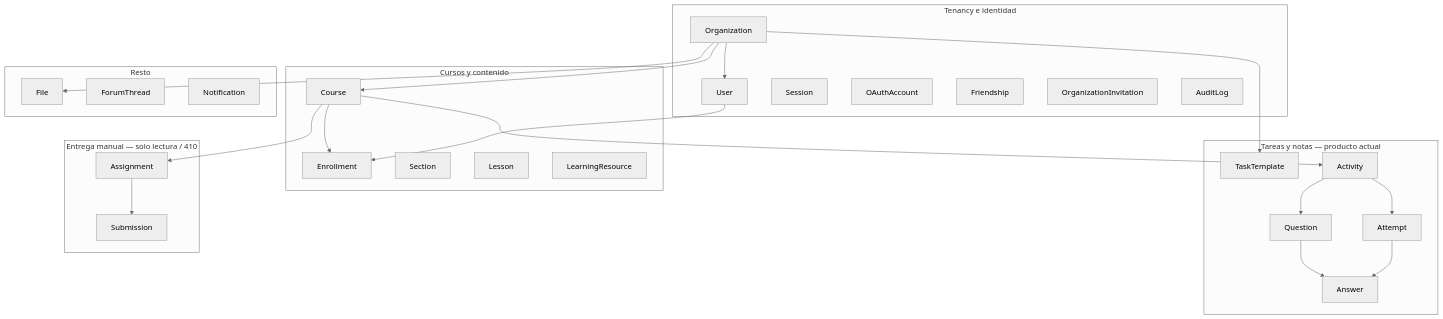
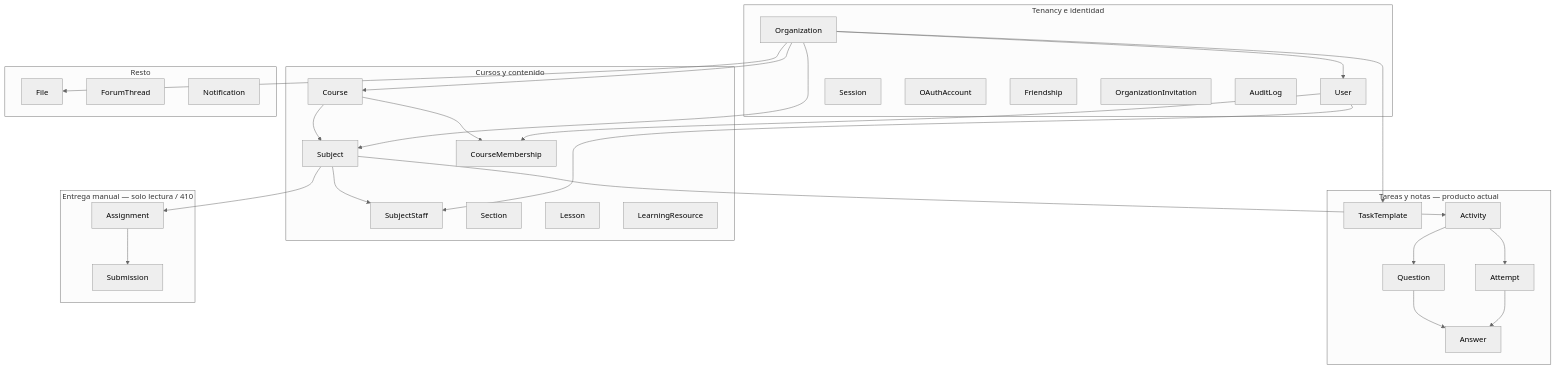
One commit to Klass42/ft_trascendence changed the first of 10 diagrams in docs/diagrams.md. Above: the diagram before and after it, drawn with Mermaid (neutral theme). The commit also changed other lines of this file and 123 other files, not shown here.

First line of the commit message:
feat: split course into academic cohort and subject

````diff
--- a/docs/diagrams.md
+++ b/docs/diagrams.md
@@ -14,53 +14,59 @@
 ```mermaid
 flowchart TB
   subgraph tenancy["Tenancy e identidad"]
     Organization
     User
     Session
     OAuthAccount
     Friendship
     OrganizationInvitation
     AuditLog
   end
 
   subgraph content["Cursos y contenido"]
     Course
-    Enrollment
+    Subject
+    CourseMembership
+    SubjectStaff
     Section
     Lesson
     LearningResource
   end
 
   subgraph tasks["Tareas y notas — producto actual"]
     TaskTemplate
     Activity
     Question
     Attempt
     Answer
   end
 
   subgraph legacy["Entrega manual — solo lectura / 410"]
     Assignment
     Submission
   end
 
   subgraph rest["Resto"]
     File
     ForumThread
     Notification
   end
 
   Organization --> User
   Organization --> Course
+  Organization --> Subject
   Organization --> TaskTemplate
   Organization --> File
-  User --> Enrollment
-  Course --> Enrollment
-  Course --> Activity
-  Course --> Assignment
+  User --> CourseMembership
+  User --> SubjectStaff
+  Course --> Subject
+  Course --> CourseMembership
+  Subject --> SubjectStaff
+  Subject --> Activity
+  Subject --> Assignment
   Activity --> Question
   Activity --> Attempt
   Attempt --> Answer
   Question --> Answer
   Assignment --> Submission
 ```
````
